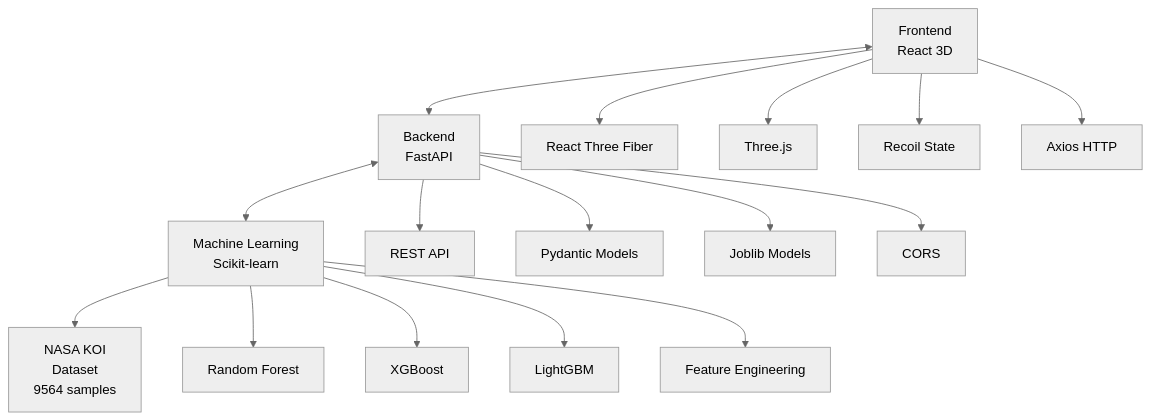
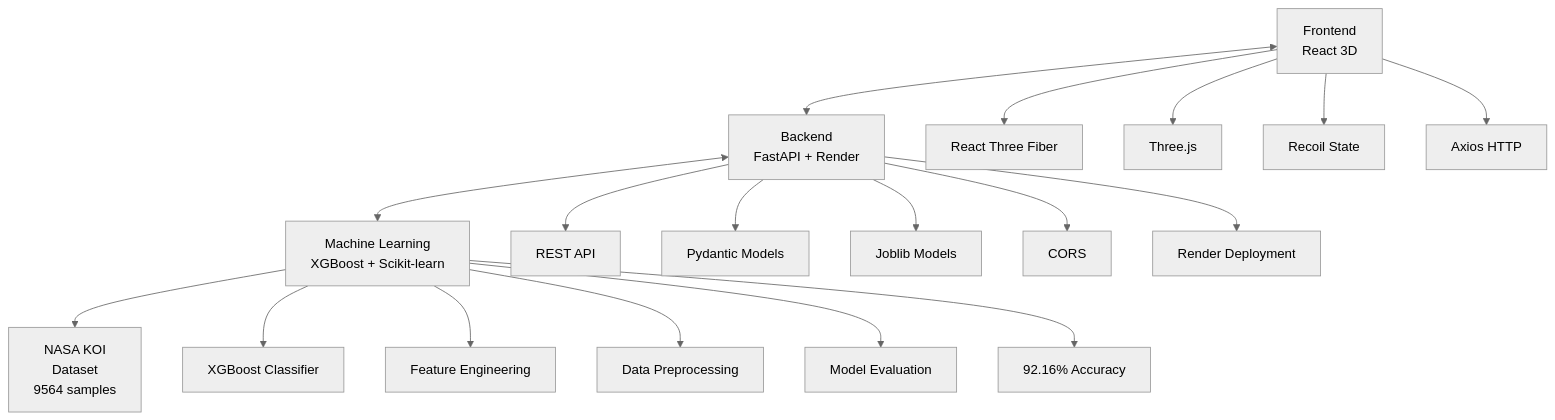
Before and after one commit to Trinity-SYT-SECURITY/NASA_2025_ALL: the diagram in README.md, drawn with Mermaid (neutral theme). The commit also changed other lines of this file and 36 other files, not shown here.

Commit message:
Enable frontend-only ML prediction using built-in mock service for Vercel deployment

````diff
--- a/README.md
+++ b/README.md
@@ -25,21 +25,23 @@
 ```mermaid
 graph TB
-    A[Frontend<br/>React 3D] <--> B[Backend<br/>FastAPI]
-    B <--> C[Machine Learning<br/>Scikit-learn]
+    A[Frontend<br/>React 3D] <--> B[Backend<br/>FastAPI + Render]
+    B <--> C[Machine Learning<br/>XGBoost + Scikit-learn]
     C --> D[NASA KOI<br/>Dataset<br/>9564 samples]
 
     A --> A1[React Three Fiber]
     A --> A2[Three.js]
     A --> A3[Recoil State]
     A --> A4[Axios HTTP]
 
     B --> B1[REST API]
     B --> B2[Pydantic Models]
     B --> B3[Joblib Models]
     B --> B4[CORS]
+    B --> B5[Render Deployment]
 
-    C --> C1[Random Forest]
-    C --> C2[XGBoost]
-    C --> C3[LightGBM]
-    C --> C4[Feature Engineering]
+    C --> C1[XGBoost Classifier]
+    C --> C2[Feature Engineering]
+    C --> C3[Data Preprocessing]
+    C --> C4[Model Evaluation]
+    C --> C5[92.16% Accuracy]
 ```
````
